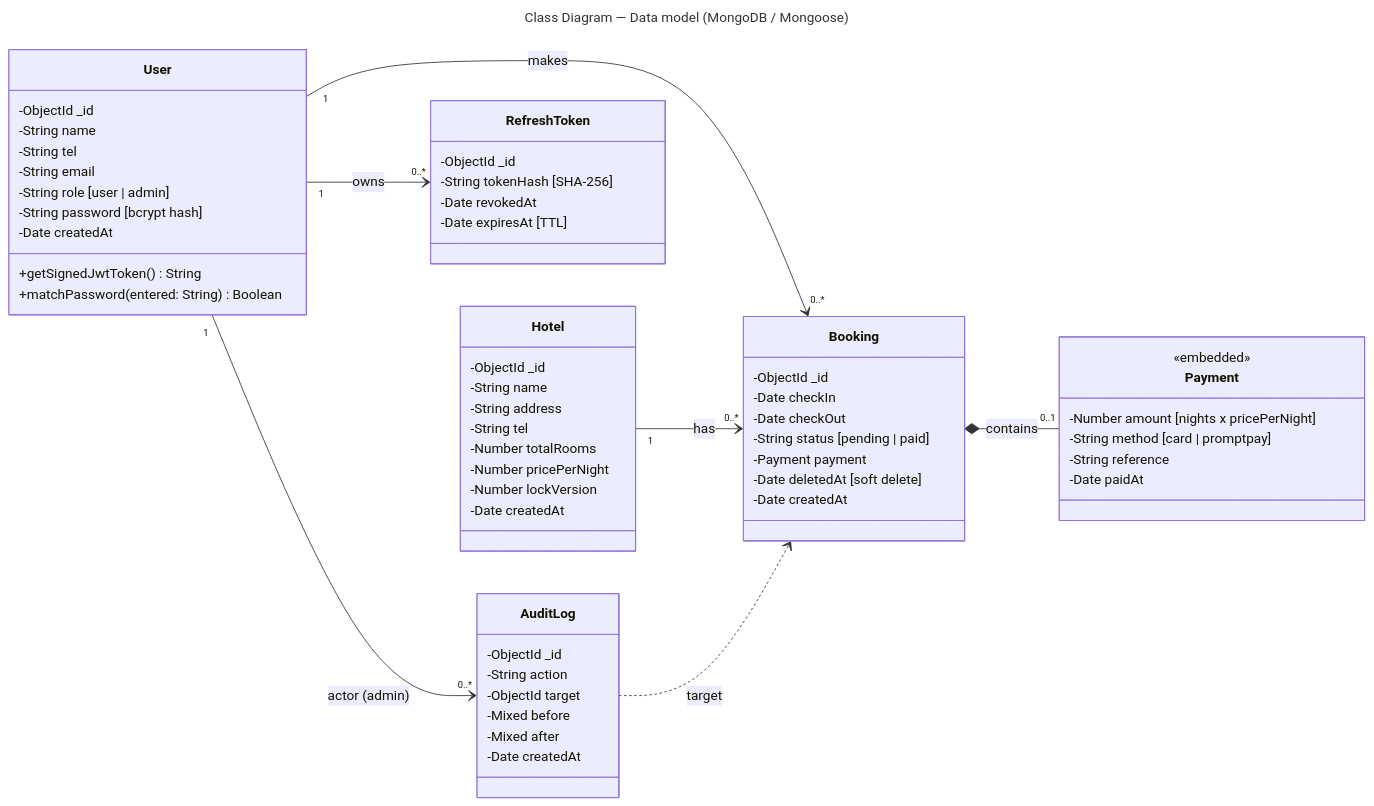
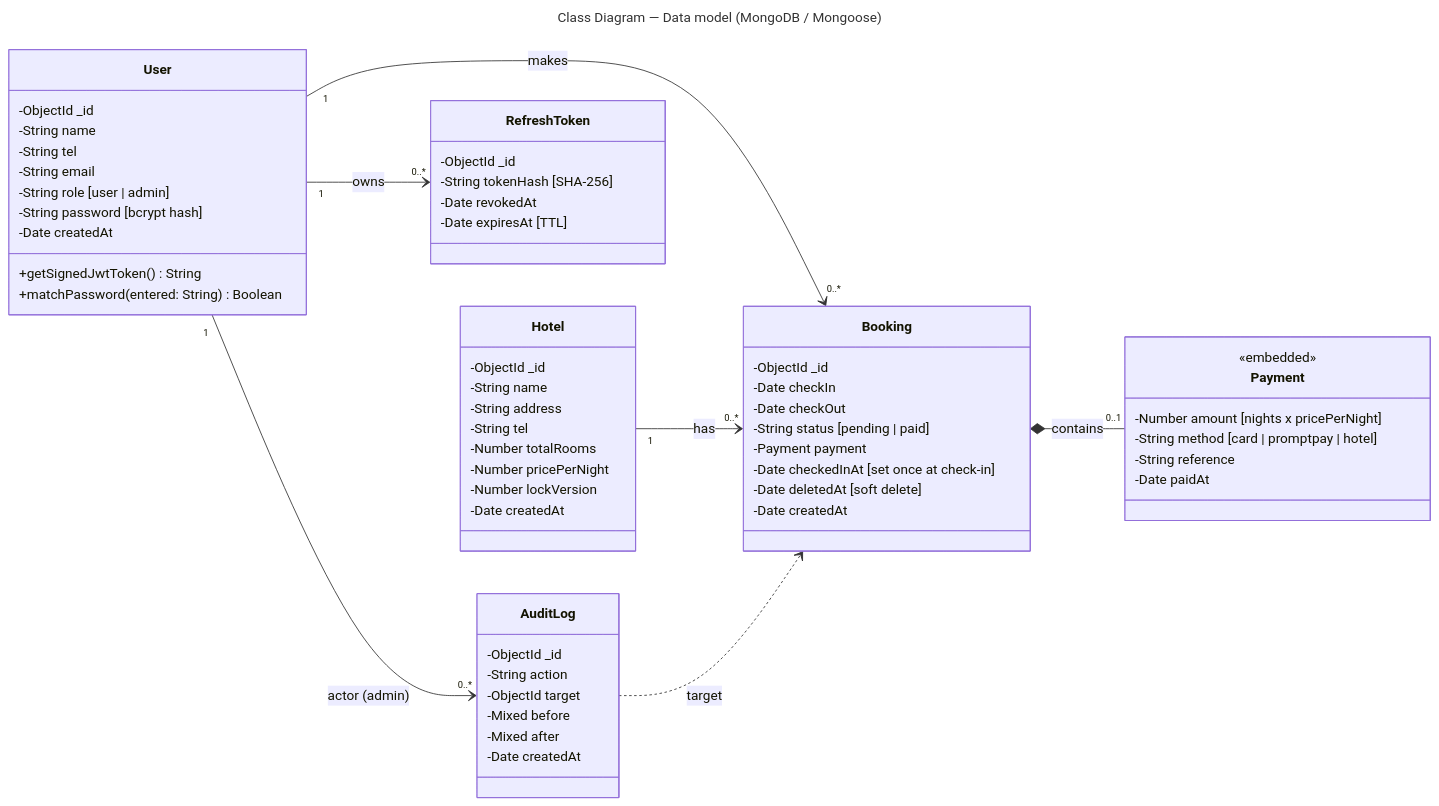
The diagram in docs/diagrams/class-model.mmd (mickDoctorDev/SW-DEV-Project-1-Hotel-Booking), drawn with Mermaid before and after one commit. The commit also changed 16 other files, not shown here.

First line of the commit message:
Docs: Redis setup, check-in verification, updated diagrams

```diff
--- a/docs/diagrams/class-model.mmd
+++ b/docs/diagrams/class-model.mmd
@@ -1,69 +1,70 @@
 ---
 title: Class Diagram — Data model (MongoDB / Mongoose)
 ---
 classDiagram
     direction LR
 
     class User {
         -ObjectId _id
         -String name
         -String tel
         -String email
         -String role  [user | admin]
         -String password  [bcrypt hash]
         -Date createdAt
         +getSignedJwtToken() String
         +matchPassword(entered: String) Boolean
     }
 
     class Hotel {
         -ObjectId _id
         -String name
         -String address
         -String tel
         -Number totalRooms
         -Number pricePerNight
         -Number lockVersion
         -Date createdAt
     }
 
     class Booking {
         -ObjectId _id
         -Date checkIn
         -Date checkOut
         -String status  [pending | paid]
         -Payment payment
+        -Date checkedInAt  [set once at check-in]
         -Date deletedAt  [soft delete]
         -Date createdAt
     }
 
     class Payment {
         <<embedded>>
         -Number amount  [nights x pricePerNight]
-        -String method  [card | promptpay]
+        -String method  [card | promptpay | hotel]
         -String reference
         -Date paidAt
     }
 
     class RefreshToken {
         -ObjectId _id
         -String tokenHash  [SHA-256]
         -Date revokedAt
         -Date expiresAt  [TTL]
     }
 
     class AuditLog {
         -ObjectId _id
         -String action
         -ObjectId target
         -Mixed before
         -Mixed after
         -Date createdAt
     }
 
     User "1" --> "0..*" Booking : makes
     Hotel "1" --> "0..*" Booking : has
     Booking *-- "0..1" Payment : contains
     User "1" --> "0..*" RefreshToken : owns
     User "1" --> "0..*" AuditLog : actor (admin)
     AuditLog ..> Booking : target
```
